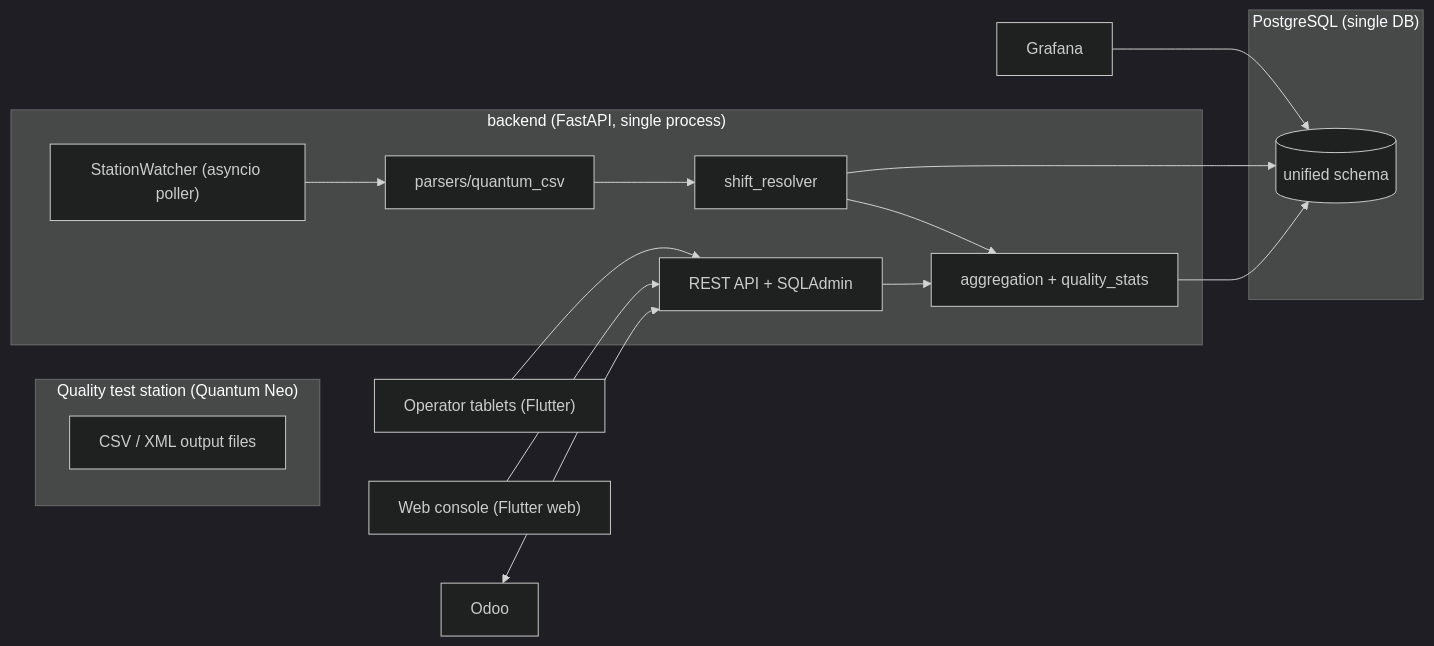
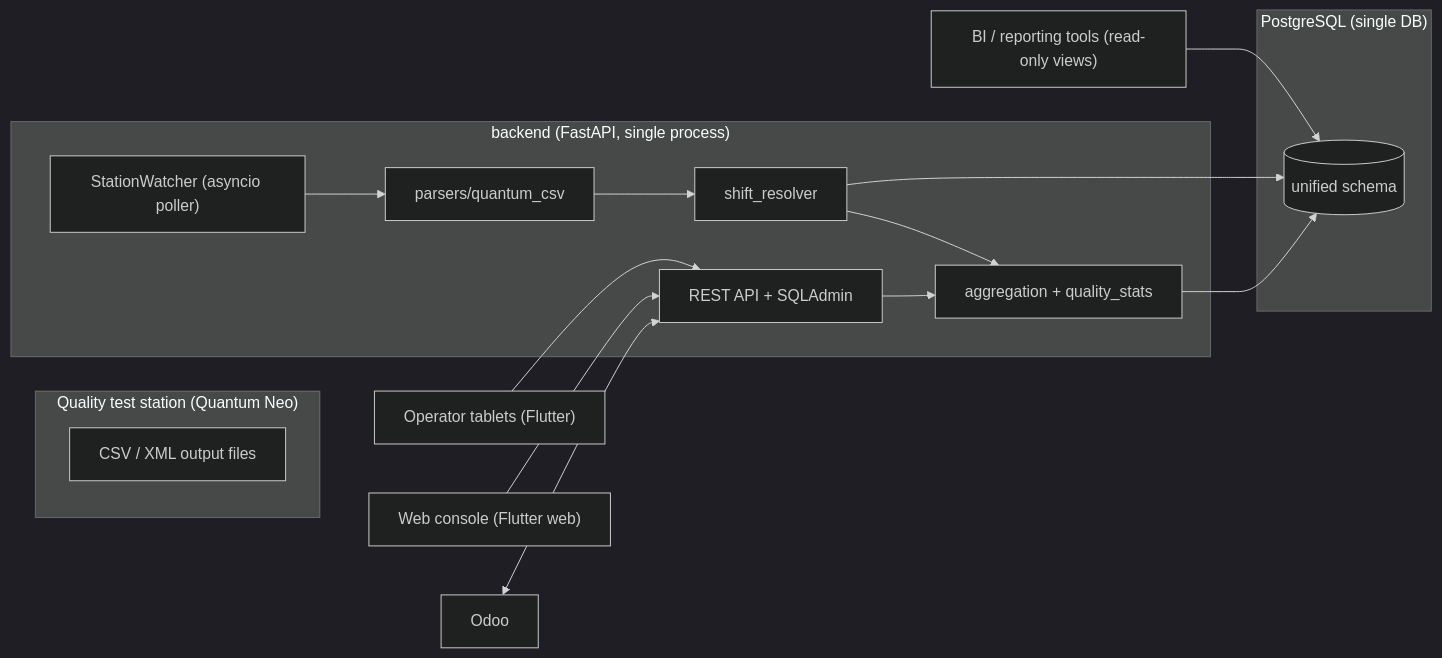
Before and after one commit to Pitonesku/mes_pft: the diagram in README.md, drawn with Mermaid (dark theme). The commit also changed other lines of this file and 122 other files, not shown here.

````diff
--- a/README.md
+++ b/README.md
@@ -19,24 +18,24 @@
 ```mermaid
 flowchart LR
     subgraph Station["Quality test station (Quantum Neo)"]
         CSV["CSV / XML output files"]
     end
     subgraph Backend["backend (FastAPI, single process)"]
         Watcher["StationWatcher (asyncio poller)"]
         Parser["parsers/quantum_csv"]
         Resolver["shift_resolver"]
         API["REST API + SQLAdmin"]
         Agg["aggregation + quality_stats"]
         Watcher --> Parser --> Resolver --> Agg
         API --> Agg
     end
     subgraph Store["PostgreSQL (single DB)"]
         DB[("unified schema")]
     end
     Tablet["Operator tablets (Flutter)"] --> API
     Web["Web console (Flutter web)"] --> API
-    Grafana["Grafana"] --> DB
+    BI["BI / reporting tools (read-only views)"] --> DB
     Odoo["Odoo"] <--> API
     Resolver --> DB
     Agg --> DB
 ```
````
